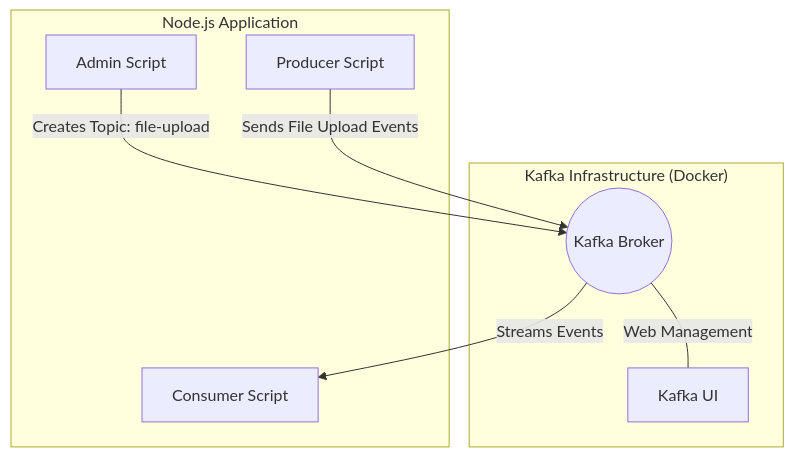
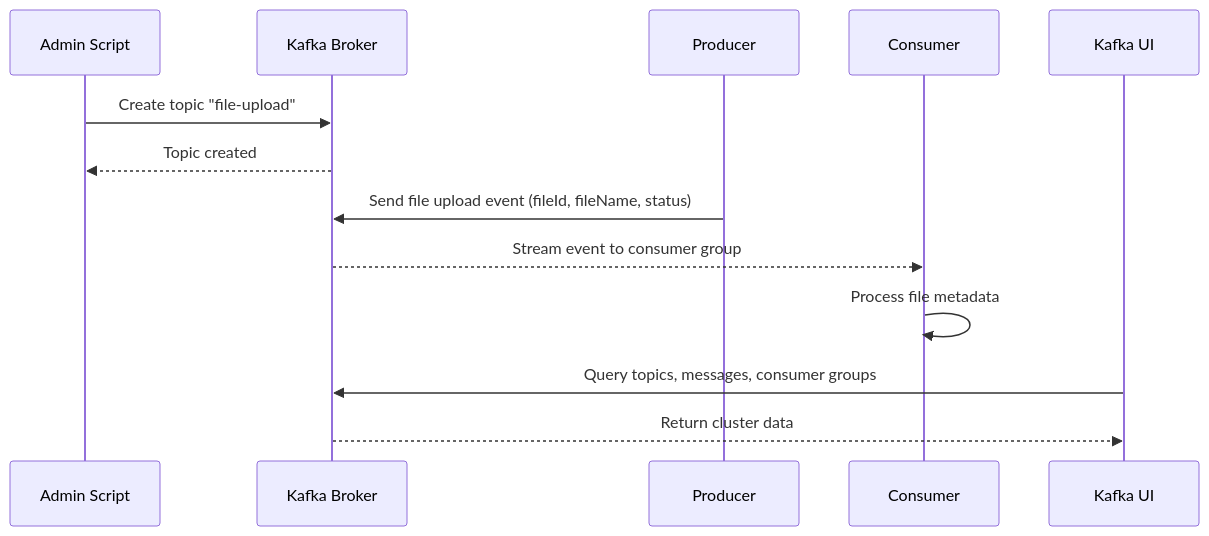
Before and after one commit to marcuwynu23/nodejs-kafka-sample: the diagram in README.md, drawn with Mermaid.

Commit message:
docs: update README with sequence diagram
- Replace graph diagram with sequenceDiagram for clearer data flow visualization
- Add explicit sequence steps showing Admin topic creation workflow
- Include Producer sending file upload events with metadata details
- Show Consumer processing file metadata from Kafka stream
- Add Kafka UI querying cluster data and consumer groups
- Improve readability by showing message flow between components
- Better illustrates the interaction patterns between services

````diff
--- a/README.md
+++ b/README.md
@@ -9,18 +9,18 @@
 ```mermaid
-graph TD
-    Admin[Admin Script] -->|Creates Topic: file-upload| Kafka((Kafka Broker))
-    Producer[Producer Script] -->|Sends File Upload Events| Kafka
-    Kafka -->|Streams Events| Consumer[Consumer Script]
-    Kafka ---|Web Management| KafkaUI[Kafka UI]
-    
-    subgraph "Node.js Application"
-        Admin
-        Producer
-        Consumer
-    end
-    
-    subgraph "Kafka Infrastructure (Docker)"
-        Kafka
-        KafkaUI
-    end
+sequenceDiagram
+    participant Admin as Admin Script
+    participant Kafka as Kafka Broker
+    participant Producer as Producer 
+    participant Consumer as Consumer 
+    participant UI as Kafka UI
+
+    Admin->>Kafka: Create topic "file-upload"
+    Kafka-->>Admin: Topic created
+
+    Producer->>Kafka: Send file upload event (fileId, fileName, status)
+    Kafka-->>Consumer: Stream event to consumer group
+    Consumer->>Consumer: Process file metadata
+
+    UI->>Kafka: Query topics, messages, consumer groups
+    Kafka-->>UI: Return cluster data
 ```
````
